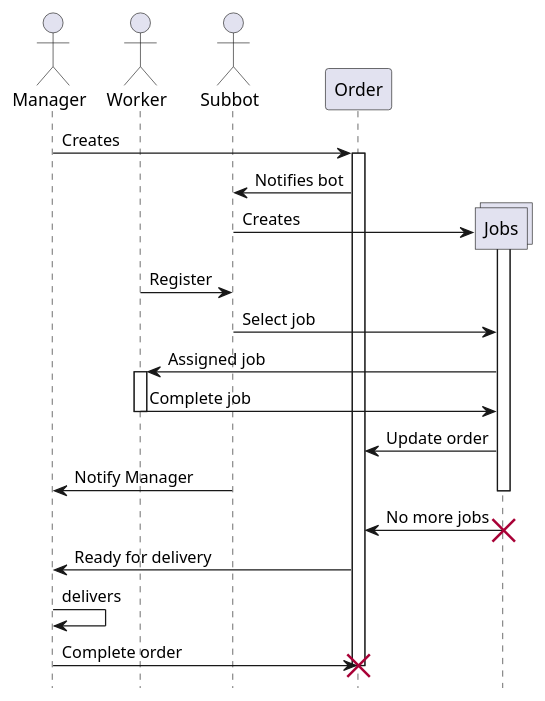
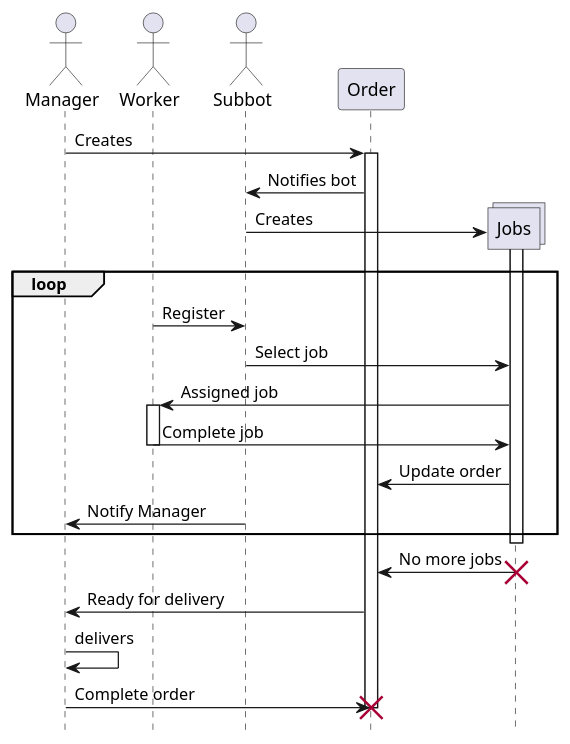
One commit to Exaltia/subbot changed the second of 2 diagrams in doc/readme.org. Above: the diagram before and after it, drawn with PlantUML. The commit also changed 1 other file, not shown here.

Commit message:
Added a loop in the sequence diagram

```diff
--- a/doc/readme.org
+++ b/doc/readme.org
@@ -54,32 +54,34 @@
 #+begin_src plantuml :file img/lifecycle_order.png
   @startuml
   hide footbox
   actor Manager as m
   actor Worker as w
   actor Subbot as s
   participant Order as o
   collections Jobs as j
   m -> o : Creates
   activate o
   s <- o : Notifies bot
   create j
   s -> j : Creates
   activate j
-  w -> s : Register
-  s -> j : Select job
-  w <- j : Assigned job
-  activate w
-  w -> j : Complete job
-  deactivate w
-  j -> o : Update order
-  m <- s : Notify Manager
+  loop
+    w -> s : Register
+    s -> j : Select job
+    w <- j : Assigned job
+    activate w
+    w -> j : Complete job
+    deactivate w
+    j -> o : Update order
+    m <- s : Notify Manager
+  end
   deactivate j
   j -> o : No more jobs
   destroy j
   o -> m : Ready for delivery
   m -> m : delivers
   m -> o : Complete order
   destroy o
 
   @enduml
 #+end_src
```
